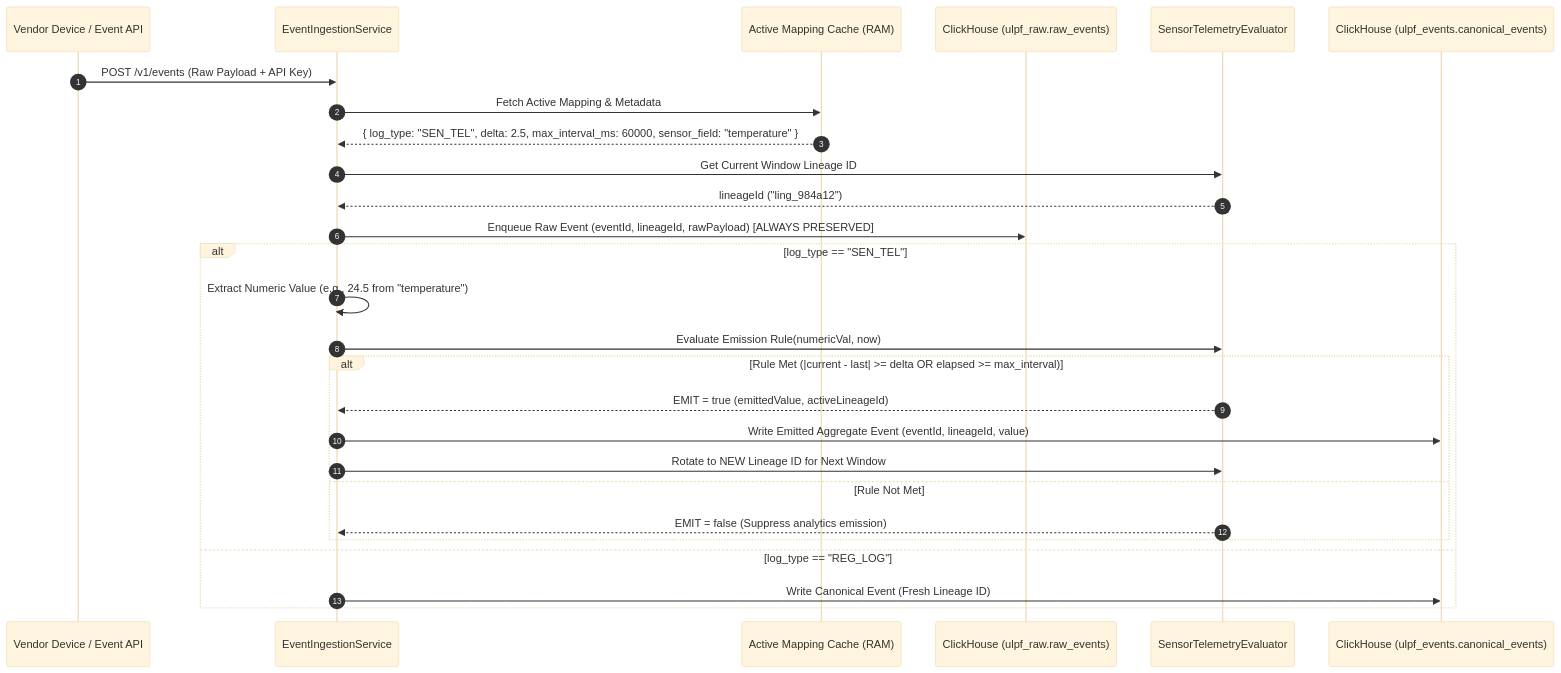
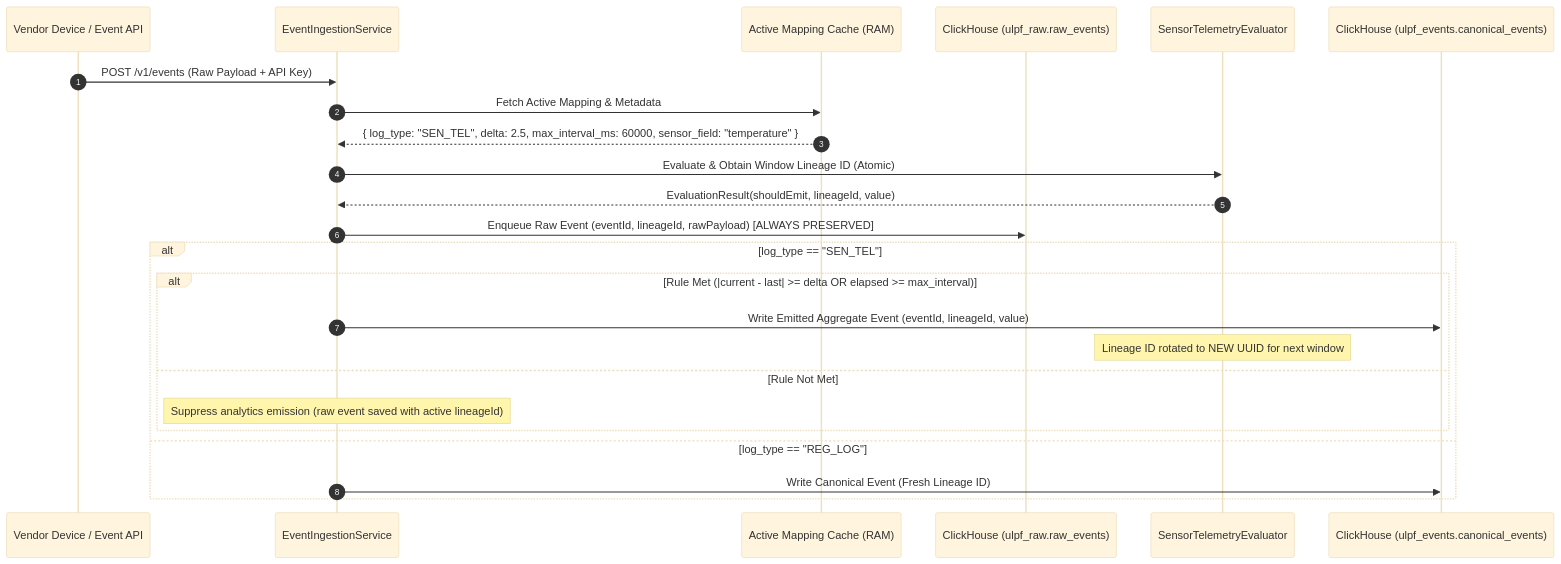
The diagram in docs/ARCH/SENSOR_OPTIMIZATION_ARCHITECTURE.md (abhinav16kiran-lab/ULPF), drawn with Mermaid (base theme) before and after one commit. The commit also changed other lines of this file and 1 other file, not shown here.

Commit message:
refactor: implement atomic lineage evaluation and synchronization in EventIngestionService to prevent race conditions

````diff
--- a/docs/ARCH/SENSOR_OPTIMIZATION_ARCHITECTURE.md
+++ b/docs/ARCH/SENSOR_OPTIMIZATION_ARCHITECTURE.md
@@ -13,33 +13,30 @@
 ```mermaid
 sequenceDiagram
     autonumber
     participant Vendor as Vendor Device / Event API
     participant Ingest as EventIngestionService
     participant RAM as Active Mapping Cache (RAM)
     participant RawDB as ClickHouse (ulpf_raw.raw_events)
     participant SensorEval as SensorTelemetryEvaluator
     participant CanonDB as ClickHouse (ulpf_events.canonical_events)
 
     Vendor->>Ingest: POST /v1/events (Raw Payload + API Key)
     Ingest->>RAM: Fetch Active Mapping & Metadata
     RAM-->>Ingest: { log_type: "SEN_TEL", delta: 2.5, max_interval_ms: 60000, sensor_field: "temperature" }
     
-    Ingest->>SensorEval: Get Current Window Lineage ID
-    SensorEval-->>Ingest: lineageId ("ling_984a12")
+    Ingest->>SensorEval: Evaluate & Obtain Window Lineage ID (Atomic)
+    SensorEval-->>Ingest: EvaluationResult(shouldEmit, lineageId, value)
     
     Ingest->>RawDB: Enqueue Raw Event (eventId, lineageId, rawPayload) [ALWAYS PRESERVED]
 
     alt log_type == "SEN_TEL"
-        Ingest->>Ingest: Extract Numeric Value (e.g., 24.5 from "temperature")
-        Ingest->>SensorEval: Evaluate Emission Rule(numericVal, now)
         alt Rule Met (|current - last| >= delta OR elapsed >= max_interval)
-            SensorEval-->>Ingest: EMIT = true (emittedValue, activeLineageId)
             Ingest->>CanonDB: Write Emitted Aggregate Event (eventId, lineageId, value)
-            Ingest->>SensorEval: Rotate to NEW Lineage ID for Next Window
+            Note over SensorEval: Lineage ID rotated to NEW UUID for next window
         else Rule Not Met
-            SensorEval-->>Ingest: EMIT = false (Suppress analytics emission)
+            Note over Ingest: Suppress analytics emission (raw event saved with active lineageId)
         end
     else log_type == "REG_LOG"
         Ingest->>CanonDB: Write Canonical Event (Fresh Lineage ID)
     end
 ```
````
